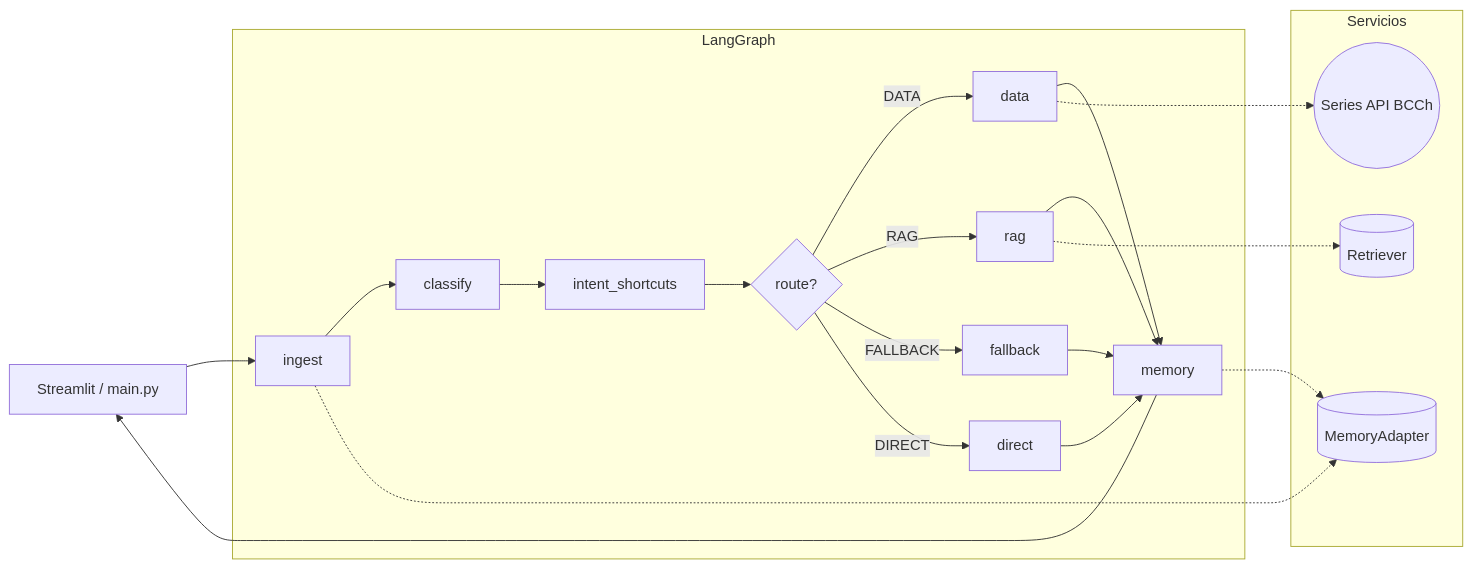
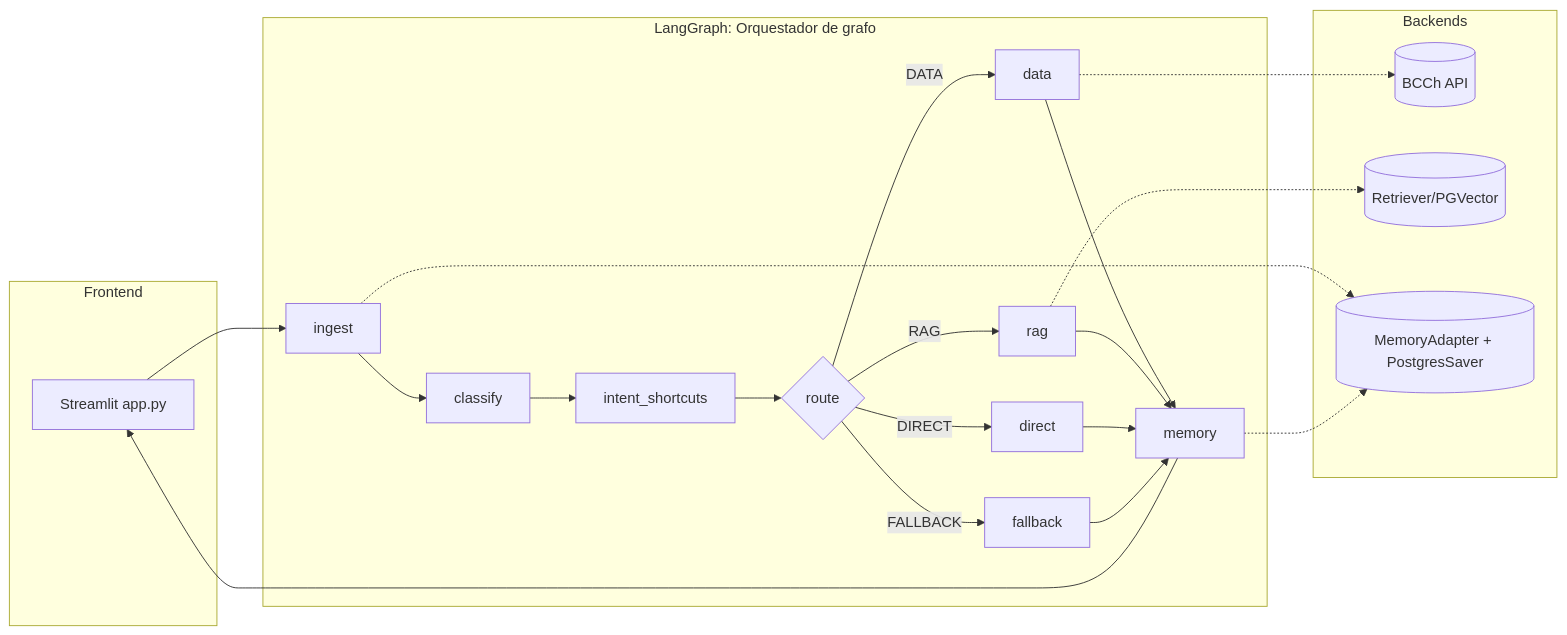
Before and after one commit to smenaaliaga/bc_pibot: the diagram in orchestrator/README.md, drawn with Mermaid. The commit also changed other lines of this file and 105 other files, not shown here.

Commit message:
New memory adapter. New graph structure. Improved Vector db generation and added more documents.

````diff
--- a/orchestrator/README.md
+++ b/orchestrator/README.md
@@ -19,31 +9,33 @@
 ```mermaid
 flowchart LR
-    UI[Streamlit / main.py]
-    subgraph LangGraph
-        A[ingest]
-        B[classify]
-        C[intent_shortcuts]
-      D{route?}
-        E[data]
-        F[rag]
-        G[fallback]
-        H[direct]
-        I[memory]
+    subgraph Frontend
+        UI[Streamlit app.py]
     end
-    UI --> A --> B --> C --> D
-    D -->|DATA| E --> I
-    D -->|RAG| F --> I
-    D -->|FALLBACK| G --> I
-    D -->|DIRECT| H --> I
-    I --> UI
+    subgraph LangGraph: Orquestador de grafo
+        IN[ingest]
+        CL[classify]
+        IS[intent_shortcuts]
+        RT{route}
+        DT[data]
+        RG[rag]
+        FB[fallback]
+        DR[direct]
+        MM[memory]
+    end
+    subgraph Backends
+        S[(BCCh API)]
+        R[(Retriever/PGVector)]
+        M[(MemoryAdapter + PostgresSaver)]
+    end
 
-    subgraph Servicios
-        R[(Retriever)]
-        M[(MemoryAdapter)]
-        S((Series API BCCh))
-    end
-    F -.-> R
-   A -.-> M
-   I -.-> M
-    E -.-> S
+    UI --> IN --> CL --> IS --> RT
+    RT -->|DATA| DT --> MM
+    RT -->|RAG| RG --> MM
+    RT -->|DIRECT| DR --> MM
+    RT -->|FALLBACK| FB --> MM
+    MM --> UI
+    DT -.-> S
+    RG -.-> R
+    IN -.-> M
+    MM -.-> M
 ```
````
